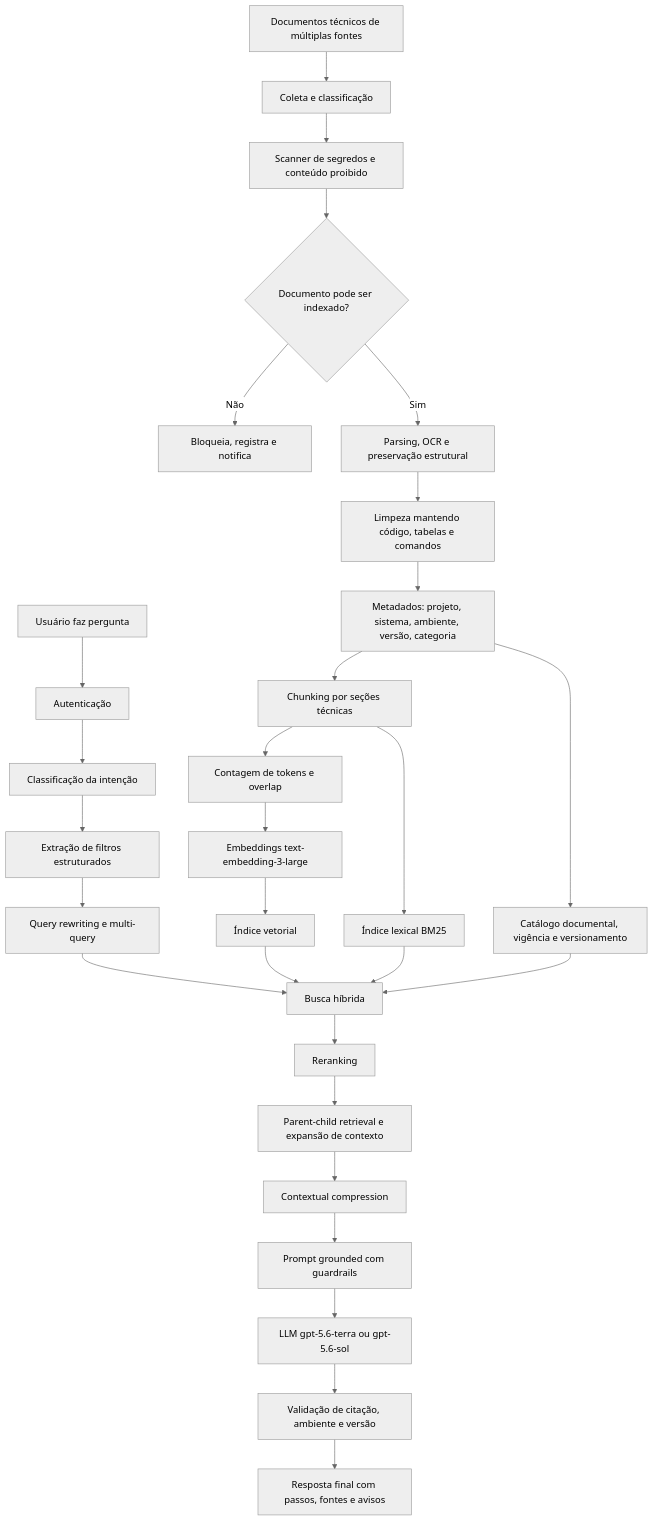
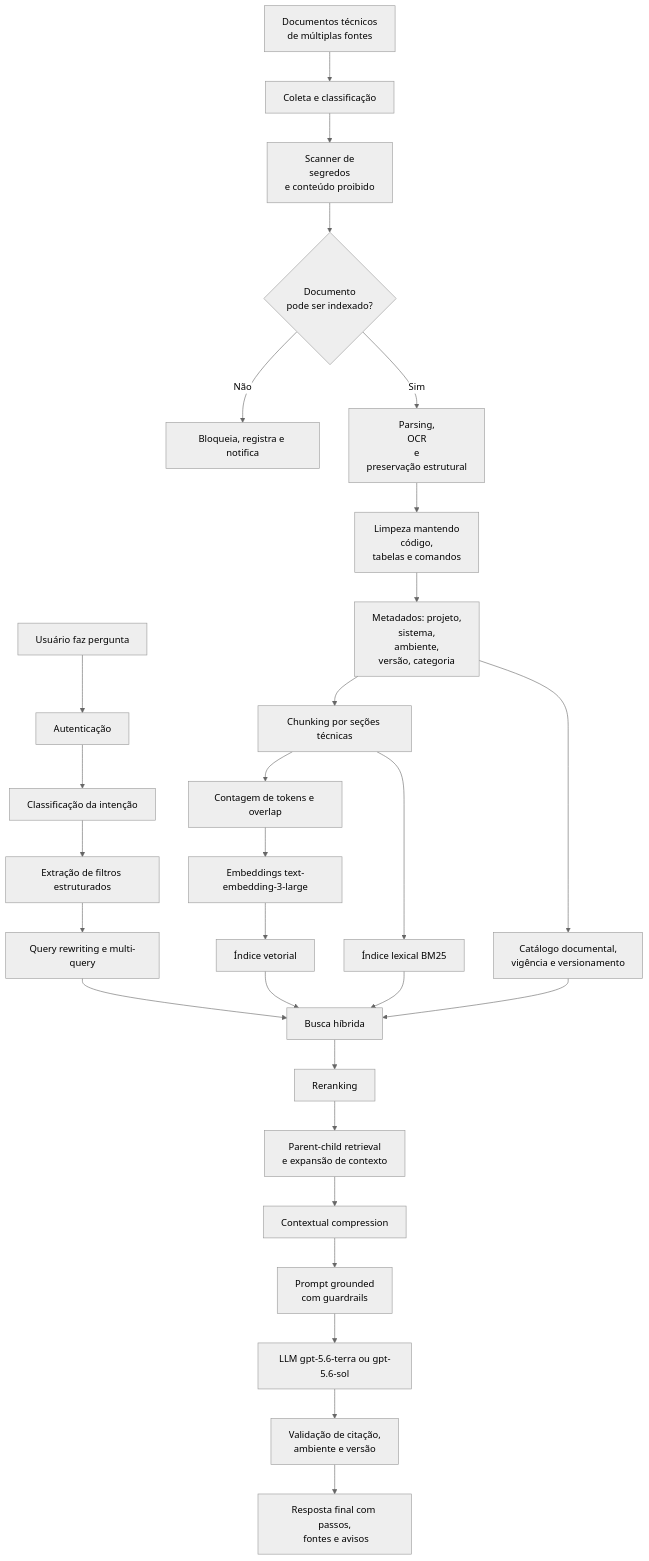
The second of 2 diagrams in AULA_06/cenarios.md (alisson10000/residencia_ia), drawn with Mermaid (neutral theme) before and after one commit. The commit also changed other lines of this file, not shown here.

Commit message:
Update architecture diagrams with line breaks

````diff
--- a/AULA_06/cenarios.md
+++ b/AULA_06/cenarios.md
@@ -1158,32 +1158,32 @@
 ```mermaid
 flowchart TD
-    A[Documentos técnicos de múltiplas fontes] --> B[Coleta e classificação]
-    B --> C[Scanner de segredos e conteúdo proibido]
-    C --> D{Documento pode ser indexado?}
+    A[Documentos técnicos <br />de múltiplas fontes] --> B[Coleta e classificação]
+    B --> C[Scanner de <br />segredos <br />e conteúdo proibido]
+    C --> D{Documento<br /> pode ser indexado?}
     D -- Não --> D1[Bloqueia, registra e notifica]
-    D -- Sim --> E[Parsing, OCR e preservação estrutural]
-    E --> F[Limpeza mantendo código, tabelas e comandos]
-    F --> G[Metadados: projeto, sistema, ambiente, versão, categoria]
+    D -- Sim --> E[Parsing,<br /> OCR<br /> e<br /> preservação estrutural]
+    E --> F[Limpeza mantendo<br /> código,<br /> tabelas e comandos]
+    F --> G[Metadados: projeto,<br /> sistema, <br />ambiente, <br />versão, categoria]
     G --> H[Chunking por seções técnicas]
     H --> I[Contagem de tokens e overlap]
     I --> J[Embeddings text-embedding-3-large]
     J --> K[Índice vetorial]
     H --> L[Índice lexical BM25]
-    G --> M[Catálogo documental, vigência e versionamento]
+    G --> M[Catálogo documental,<br /> vigência e versionamento]
 
     N[Usuário faz pergunta] --> O[Autenticação]
     O --> P[Classificação da intenção]
     P --> Q[Extração de filtros estruturados]
     Q --> R[Query rewriting e multi-query]
     R --> S[Busca híbrida]
     K --> S
     L --> S
     M --> S
     S --> T[Reranking]
-    T --> U[Parent-child retrieval e expansão de contexto]
+    T --> U[Parent-child retrieval <br />e expansão de contexto]
     U --> V[Contextual compression]
-    V --> W[Prompt grounded com guardrails]
+    V --> W[Prompt grounded <br />com guardrails]
     W --> X[LLM gpt-5.6-terra ou gpt-5.6-sol]
-    X --> Y[Validação de citação, ambiente e versão]
-    Y --> Z[Resposta final com passos, fontes e avisos]
+    X --> Y[Validação de citação,<br /> ambiente e versão]
+    Y --> Z[Resposta final com passos,<br /> fontes e avisos]
 ```
````
